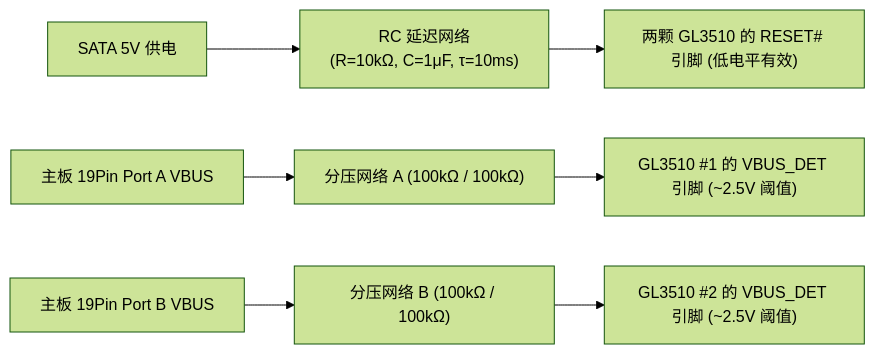
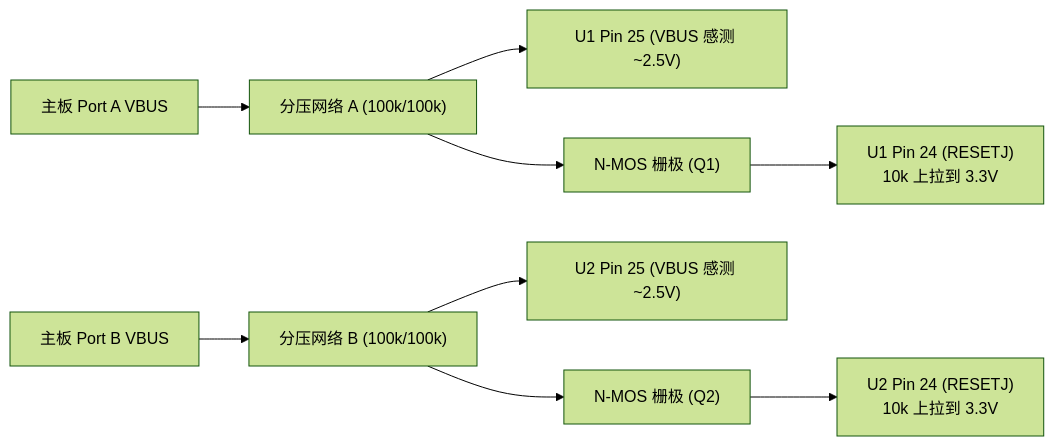
One commit to finnianryan/USB3_19Pin-Expansion-Board-Project changed the third of 5 diagrams in 02_System_Design/01_System_Architecture.md. Above: the diagram before and after it, drawn with Mermaid (forest theme). The commit also changed other lines of this file and 7 other files, not shown here.

````diff
--- a/02_System_Design/01_System_Architecture.md
+++ b/02_System_Design/01_System_Architecture.md
@@ -239,9 +245,12 @@
 ```mermaid
 flowchart LR
-    SATA_5V["SATA 5V 供电"] --> RC["RC 延迟网络<br>(R=10kΩ, C=1μF, τ=10ms)"]
-    RC --> RESET_PIN["两颗 GL3510 的 RESET# 引脚 (低电平有效)"]
-    MB_5V_A["主板 19Pin Port A VBUS"] --> Divider_A["分压网络 A (100kΩ / 100kΩ)"]
-    Divider_A --> VBUS_DET_1["GL3510 #1 的 VBUS_DET 引脚 (~2.5V 阈值)"]
-    MB_5V_B["主板 19Pin Port B VBUS"] --> Divider_B["分压网络 B (100kΩ / 100kΩ)"]
-    Divider_B --> VBUS_DET_2["GL3510 #2 的 VBUS_DET 引脚 (~2.5V 阈值)"]
+    MB_5V_A["主板 Port A VBUS"] --> Div_A["分压网络 A (100k/100k)"]
+    Div_A --> VBUS_DET_1["U1 Pin 25 (VBUS 感测 ~2.5V)"]
+    Div_A --> NMOS_1["N-MOS 栅极 (Q1)"]
+    NMOS_1 --> RESET_1["U1 Pin 24 (RESETJ)<br>10k 上拉到 3.3V"]
+
+    MB_5V_B["主板 Port B VBUS"] --> Div_B["分压网络 B (100k/100k)"]
+    Div_B --> VBUS_DET_2["U2 Pin 25 (VBUS 感测 ~2.5V)"]
+    Div_B --> NMOS_2["N-MOS 栅极 (Q2)"]
+    NMOS_2 --> RESET_2["U2 Pin 24 (RESETJ)<br>10k 上拉到 3.3V"]
 ```
````
